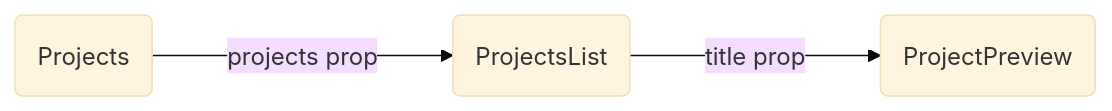
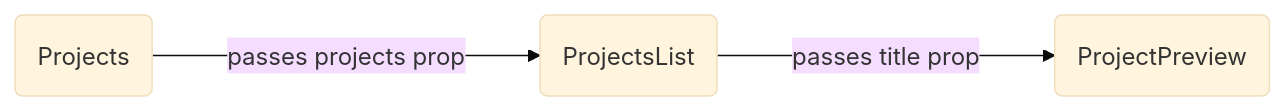
One commit to jtreeves/portfolio-react changed the diagram in README.md. Above: the diagram before and after it, drawn with Mermaid (base theme).

Commit message:
[md] Add 'passes' to arrow descriptions for clarity in flowchart of component hierarchy

````diff
--- a/README.md
+++ b/README.md
@@ -169,5 +169,5 @@
 ```mermaid
 flowchart LR
-A(Projects) ---> |projects prop| B(ProjectsList)
-B ---> |title prop| C(ProjectPreview)
+A(Projects) ---> |passes projects prop| B(ProjectsList)
+B ---> |passes title prop| C(ProjectPreview)
 ```
````
